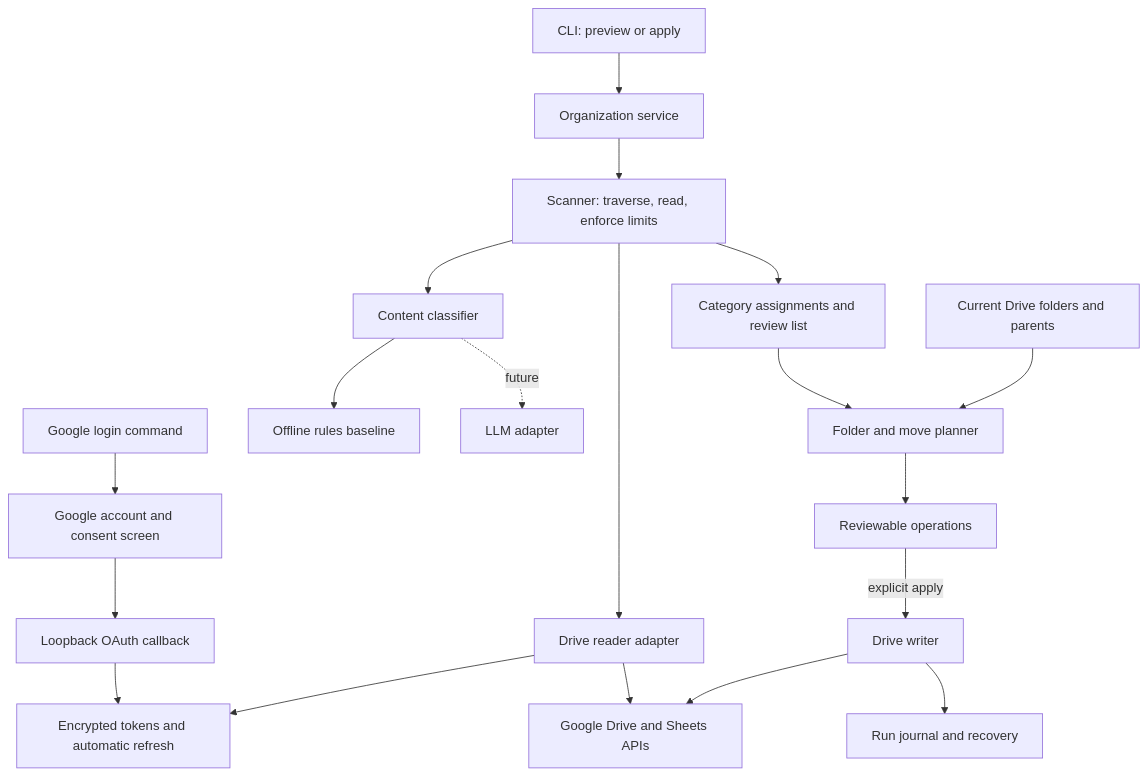
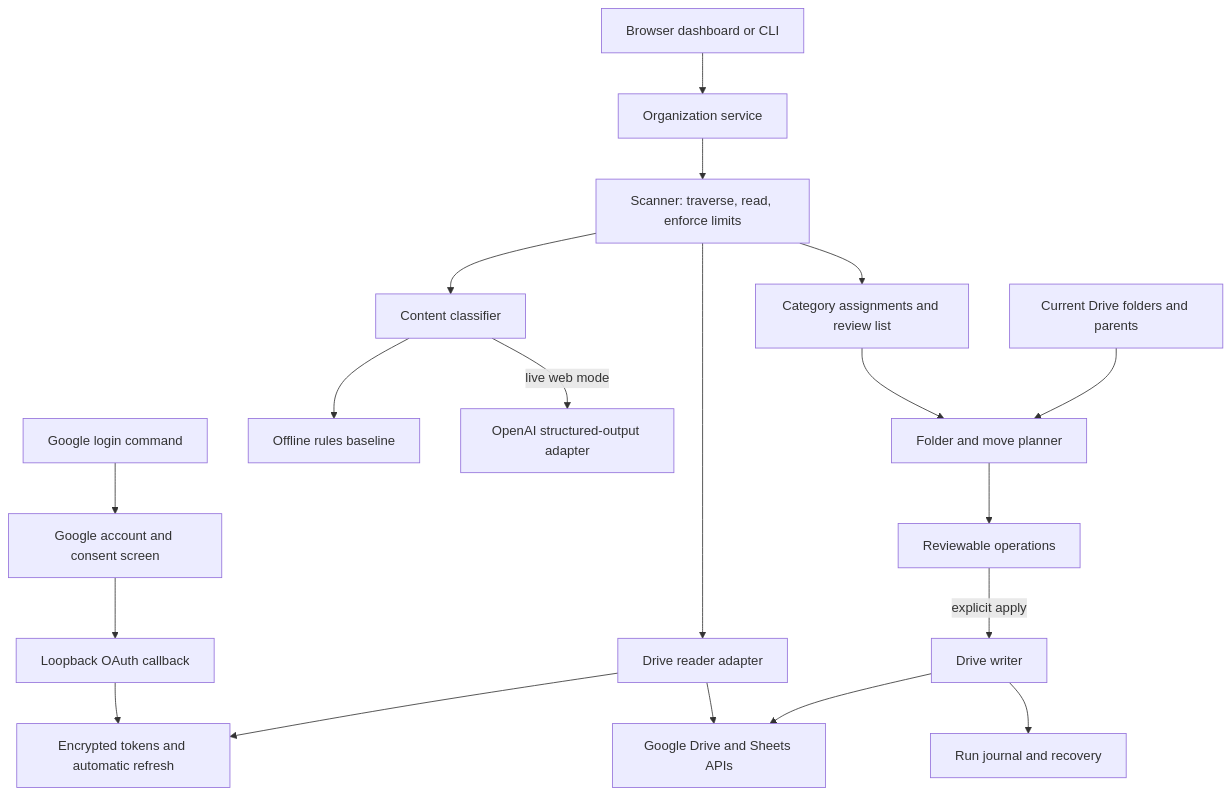
Before and after one commit to skwagz/Braino: the first of 3 diagrams in docs/architecture.md, drawn with Mermaid. The commit also changed other lines of this file and 17 other files, not shown here.

````diff
--- a/docs/architecture.md
+++ b/docs/architecture.md
@@ -25,21 +28,21 @@
 ```mermaid
 flowchart TD
-  UI[CLI: preview or apply] --> Service[Organization service]
+  UI[Browser dashboard or CLI] --> Service[Organization service]
   Login[Google login command] --> Consent[Google account and consent screen]
   Consent --> Callback[Loopback OAuth callback]
   Callback --> Tokens[Encrypted tokens and automatic refresh]
   Service --> Scanner[Scanner: traverse, read, enforce limits]
   Scanner --> Reader[Drive reader adapter]
   Reader --> Tokens
   Reader --> APIs[Google Drive and Sheets APIs]
   Scanner --> Classifier[Content classifier]
   Classifier --> Rules[Offline rules baseline]
-  Classifier -. future .-> LLM[LLM adapter]
+  Classifier -->|live web mode| LLM[OpenAI structured-output adapter]
   Scanner --> Structure[Category assignments and review list]
   Structure --> Planner[Folder and move planner]
   Metadata[Current Drive folders and parents] --> Planner
   Planner --> Preview[Reviewable operations]
   Preview -->|explicit apply| Writer[Drive writer]
   Writer --> APIs
   Writer --> Journal[Run journal and recovery]
 ```
````
